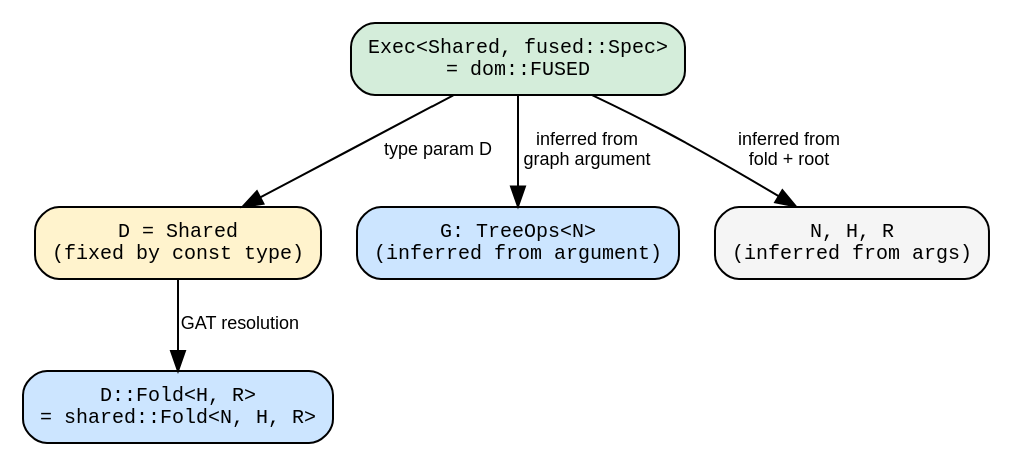
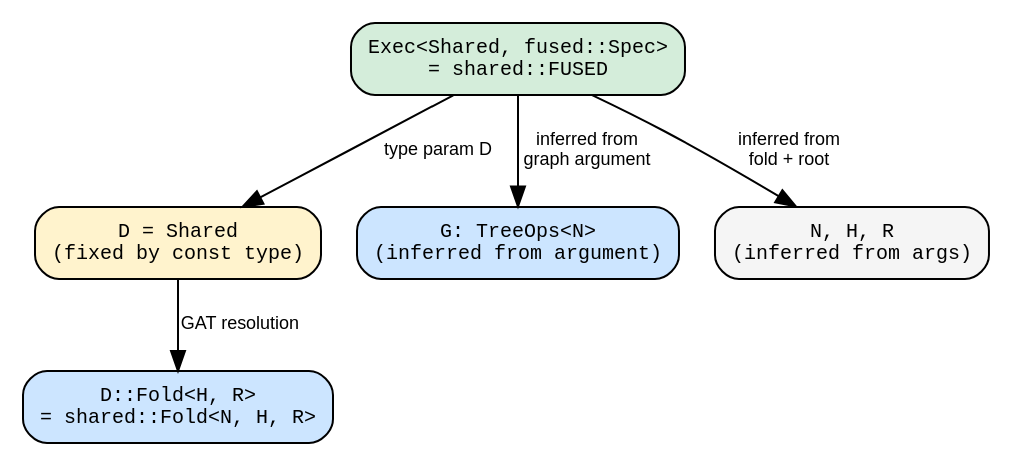
Before and after one commit to hylic-recursion/hylic-docs: the first of 2 diagrams in book/src/executor-design/domain_integration.md, drawn with Graphviz. The commit also changed 15 other files, not shown here.

````diff
--- a/book/src/executor-design/domain_integration.md
+++ b/book/src/executor-design/domain_integration.md
@@ -47,18 +47,18 @@
 ```dot process
 digraph {
   rankdir=TB;
   node [shape=box, fontname="monospace", fontsize=10, style="rounded,filled"];
   edge [fontname="sans-serif", fontsize=9];
 
-  exec [label="Exec<Shared, fused::Spec>\n= dom::FUSED", fillcolor="#d4edda"];
+  exec [label="Exec<Shared, fused::Spec>\n= shared::FUSED", fillcolor="#d4edda"];
   domain [label="D = Shared\n(fixed by const type)", fillcolor="#fff3cd"];
   fold [label="D::Fold<H, R>\n= shared::Fold<N, H, R>", fillcolor="#cce5ff"];
   gtype [label="G: TreeOps<N>\n(inferred from argument)", fillcolor="#cce5ff"];
   nhr [label="N, H, R\n(inferred from args)", fillcolor="#f5f5f5"];
 
   exec -> domain [label="type param D"];
   domain -> fold [label="GAT resolution"];
   exec -> gtype [label="inferred from\ngraph argument"];
   exec -> nhr [label="inferred from\nfold + root"];
 }
 ```
````
